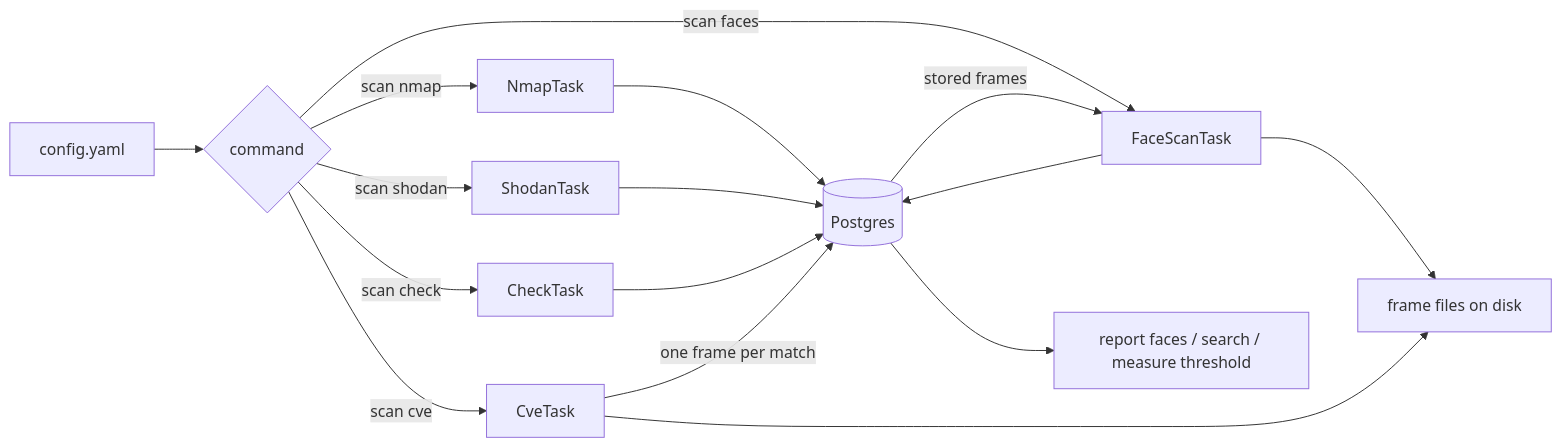
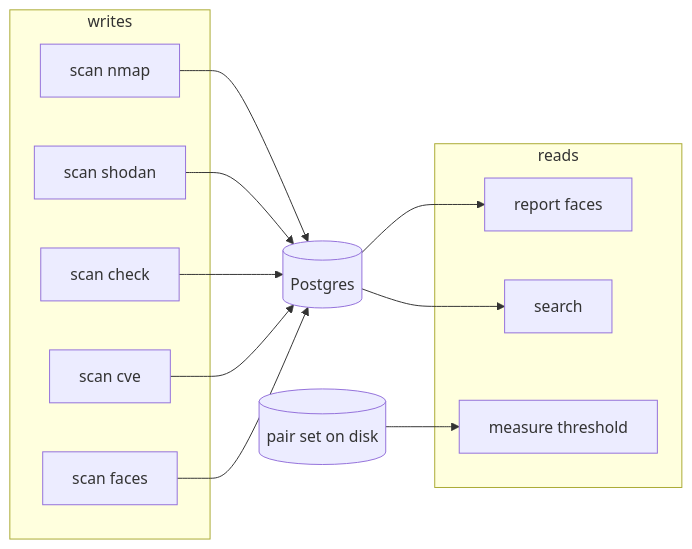
Before and after one commit to iklobato/shodan_rtsp: the second of 4 diagrams in README.md, drawn with Mermaid. The commit also changed other lines of this file, not shown here.

````diff
--- a/README.md
+++ b/README.md
@@ -80,20 +327,23 @@
 ```mermaid
 flowchart LR
-    CFG[config.yaml] --> CMD{command}
-
-    CMD -->|scan nmap| NM[NmapTask]
-    CMD -->|scan shodan| SH[ShodanTask]
-    CMD -->|scan check| CK[CheckTask]
-    CMD -->|scan cve| CV[CveTask]
-    CMD -->|scan faces| FS[FaceScanTask]
-
-    NM --> DB[(Postgres)]
-    SH --> DB
-    CK --> DB
-    CV -->|one frame per match| DB
-    DB -->|stored frames| FS
-    FS --> DB
-    FS --> DISK[frame files on disk]
-    CV --> DISK
-    DB --> RP[report faces / search / measure threshold]
+    subgraph writes
+      N[scan nmap]
+      S[scan shodan]
+      C[scan check]
+      V[scan cve]
+      F[scan faces]
+    end
+    subgraph reads
+      R[report faces]
+      Q[search]
+      M[measure threshold]
+    end
+    N --> DB[(Postgres)]
+    S --> DB
+    C --> DB
+    V --> DB
+    F --> DB
+    DB --> R
+    DB --> Q
+    P[(pair set on disk)] --> M
 ```
````
